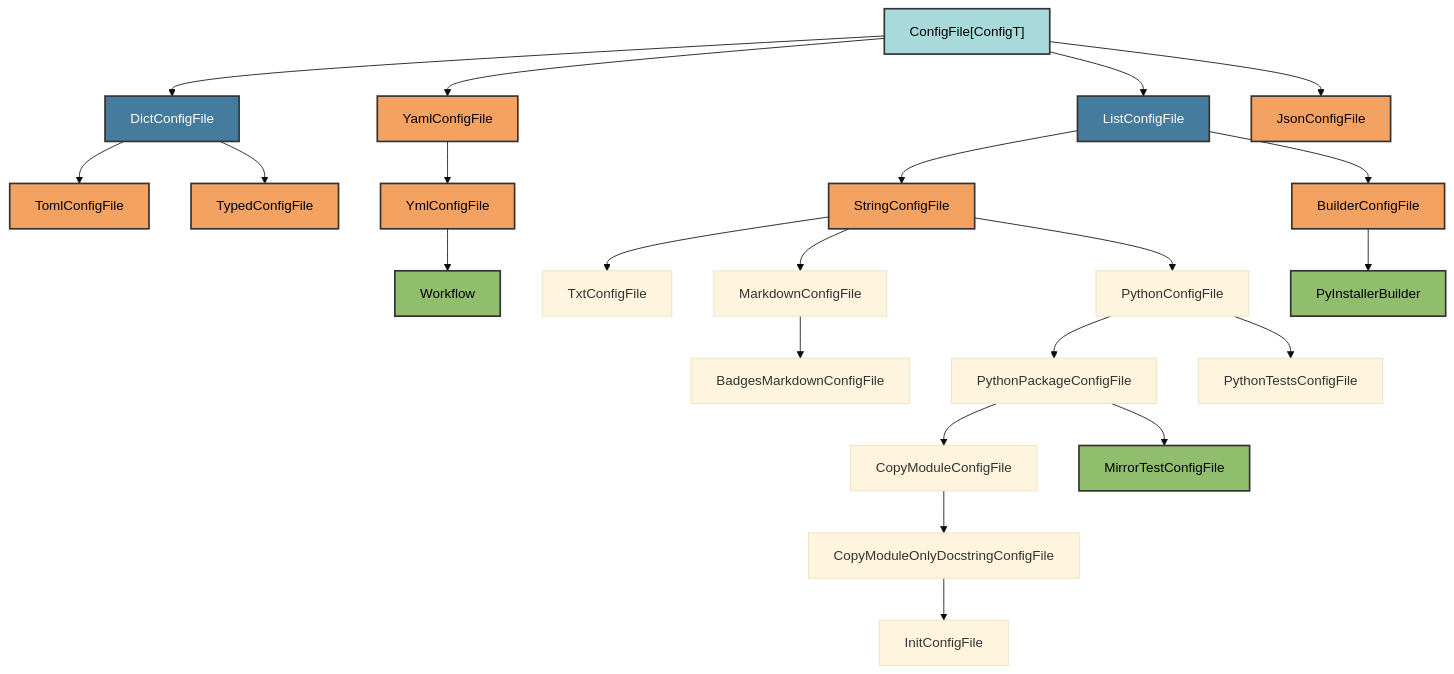
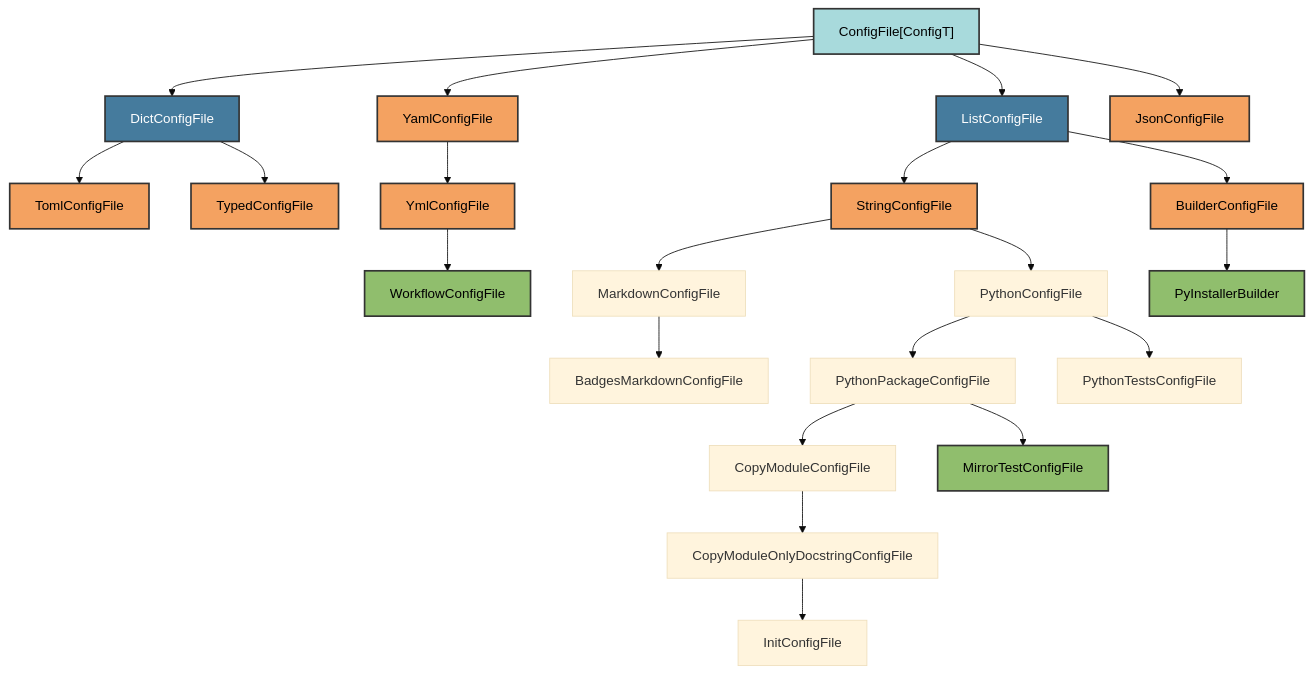
Before and after one commit to Winipedia/pyrig: the first of 3 diagrams in docs/configs/architecture.md, drawn with Mermaid (base theme). The commit also changed other lines of this file and 151 other files, not shown here.

````diff
--- a/docs/configs/architecture.md
+++ b/docs/configs/architecture.md
@@ -18,46 +18,45 @@
 ```mermaid
 graph TD
     A["ConfigFile[ConfigT]"] --> H[DictConfigFile]
     A --> I[ListConfigFile]
     A --> B[YamlConfigFile]
     A --> F[JsonConfigFile]
 
     H --> C[TomlConfigFile]
     H --> E[TypedConfigFile]
 
     I --> D[StringConfigFile]
     I --> G[BuilderConfigFile]
 
     B --> B1[YmlConfigFile]
-    B1 --> B2[Workflow]
+    B1 --> B2[WorkflowConfigFile]
 
-    D --> D1[TxtConfigFile]
-    D --> D2[MarkdownConfigFile]
-    D --> D3[PythonConfigFile]
+    D --> D1[MarkdownConfigFile]
+    D --> D2[PythonConfigFile]
 
-    D2 --> D2A[BadgesMarkdownConfigFile]
+    D1 --> D1A[BadgesMarkdownConfigFile]
 
-    D3 --> D3A[PythonPackageConfigFile]
-    D3 --> D3B[PythonTestsConfigFile]
+    D2 --> D2A[PythonPackageConfigFile]
+    D2 --> D2B[PythonTestsConfigFile]
 
-    D3A --> D3A1[CopyModuleConfigFile]
-    D3A --> D3A2[MirrorTestConfigFile]
-    D3A1 --> D3A1A[CopyModuleOnlyDocstringConfigFile]
-    D3A1A --> D3A1A1[InitConfigFile]
+    D2A --> D2A1[CopyModuleConfigFile]
+    D2A --> D2A2[MirrorTestConfigFile]
+    D2A1 --> D2A1A[CopyModuleOnlyDocstringConfigFile]
+    D2A1A --> D2A1A1[InitConfigFile]
 
     G --> G1[PyInstallerBuilder]
 
     style A fill:#a8dadc,stroke:#333,stroke-width:2px,color:#000
     style H fill:#457b9d,stroke:#333,stroke-width:2px,color:#fff
     style I fill:#457b9d,stroke:#333,stroke-width:2px,color:#fff
     style B fill:#f4a261,stroke:#333,stroke-width:2px,color:#000
     style C fill:#f4a261,stroke:#333,stroke-width:2px,color:#000
     style D fill:#f4a261,stroke:#333,stroke-width:2px,color:#000
     style E fill:#f4a261,stroke:#333,stroke-width:2px,color:#000
     style F fill:#f4a261,stroke:#333,stroke-width:2px,color:#000
     style G fill:#f4a261,stroke:#333,stroke-width:2px,color:#000
     style B1 fill:#f4a261,stroke:#333,stroke-width:2px,color:#000
     style B2 fill:#90be6d,stroke:#333,stroke-width:2px,color:#000
-    style D3A2 fill:#90be6d,stroke:#333,stroke-width:2px,color:#000
+    style D2A2 fill:#90be6d,stroke:#333,stroke-width:2px,color:#000
     style G1 fill:#90be6d,stroke:#333,stroke-width:2px,color:#000
 ```
````
